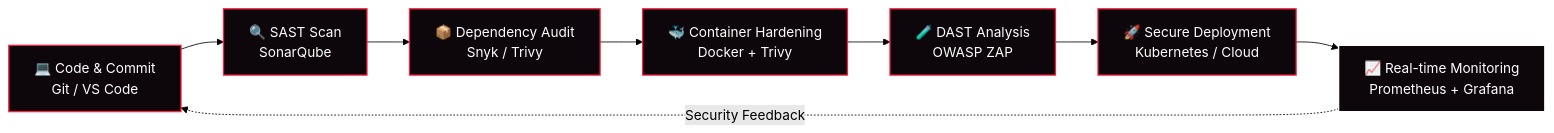
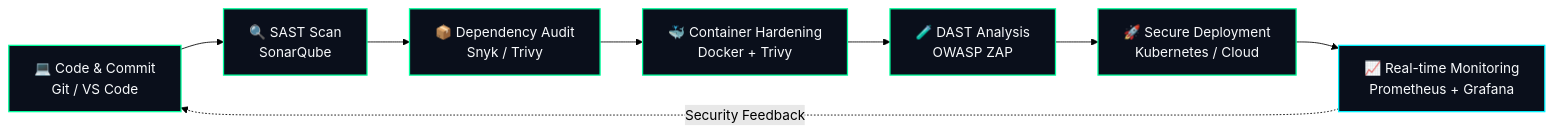
Before and after one commit to RezzaFairusNugraha/RezzaFairusNugraha: the diagram in README.md, drawn with Mermaid (forest theme). The commit also changed other lines of this file and 3 other files, not shown here.

````diff
--- a/README.md
+++ b/README.md
@@ -92,15 +87,15 @@
 ```mermaid
 flowchart LR
     A[💻 Code & Commit<br/>Git / VS Code] --> B[🔍 SAST Scan<br/>SonarQube]
     B --> C[📦 Dependency Audit<br/>Snyk / Trivy]
     C --> D[🐳 Container Hardening<br/>Docker + Trivy]
     D --> E[🧪 DAST Analysis<br/>OWASP ZAP]
     E --> F[🚀 Secure Deployment<br/>Kubernetes / Cloud]
     F --> G[📈 Real-time Monitoring<br/>Prometheus + Grafana]
     G -.Security Feedback.-> A
 
-    classDef stage fill:#0d070b,stroke:#ff1e42,stroke-width:1.5px,color:#ffffff;
-    classDef monitor fill:#0d070b,stroke:#ffffff,stroke-width:1.5px,color:#ffffff;
+    classDef stage fill:#0a0f1b,stroke:#00ff9d,stroke-width:1.5px,color:#f8fafc;
+    classDef monitor fill:#0a0f1b,stroke:#00f2fe,stroke-width:1.5px,color:#f8fafc;
     class A,B,C,D,E,F stage;
     class G monitor;
 ```
````
